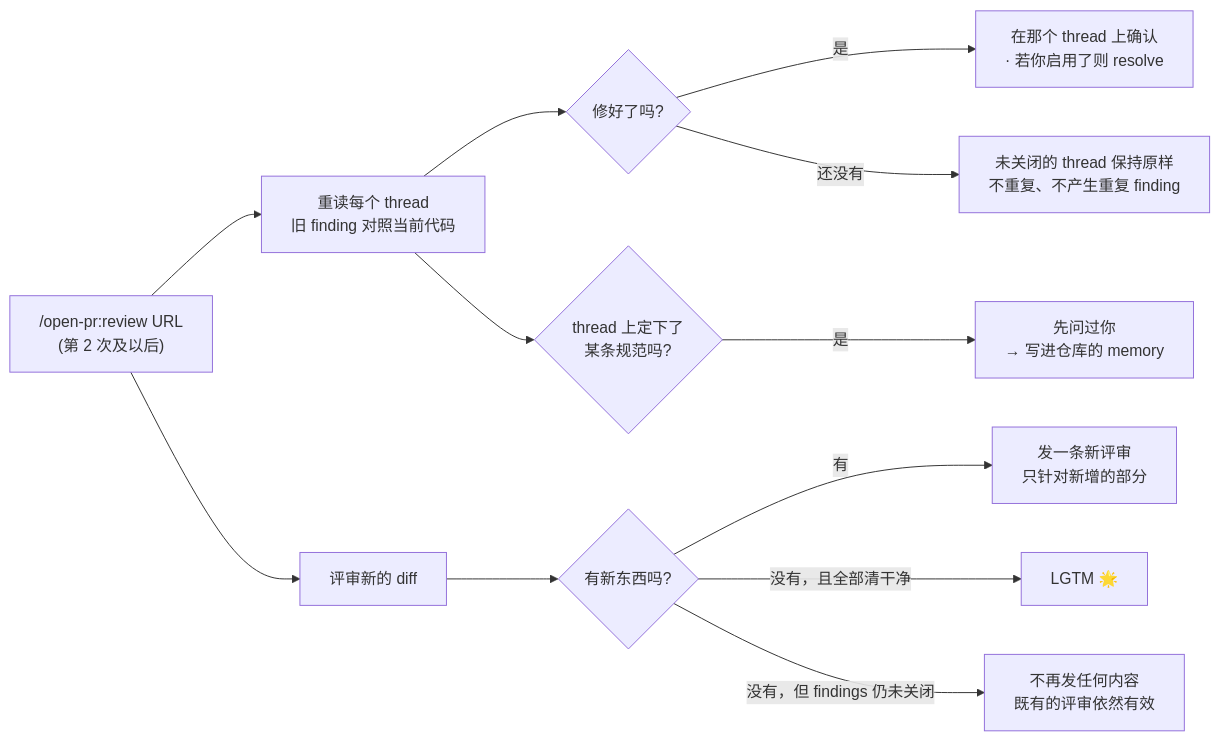
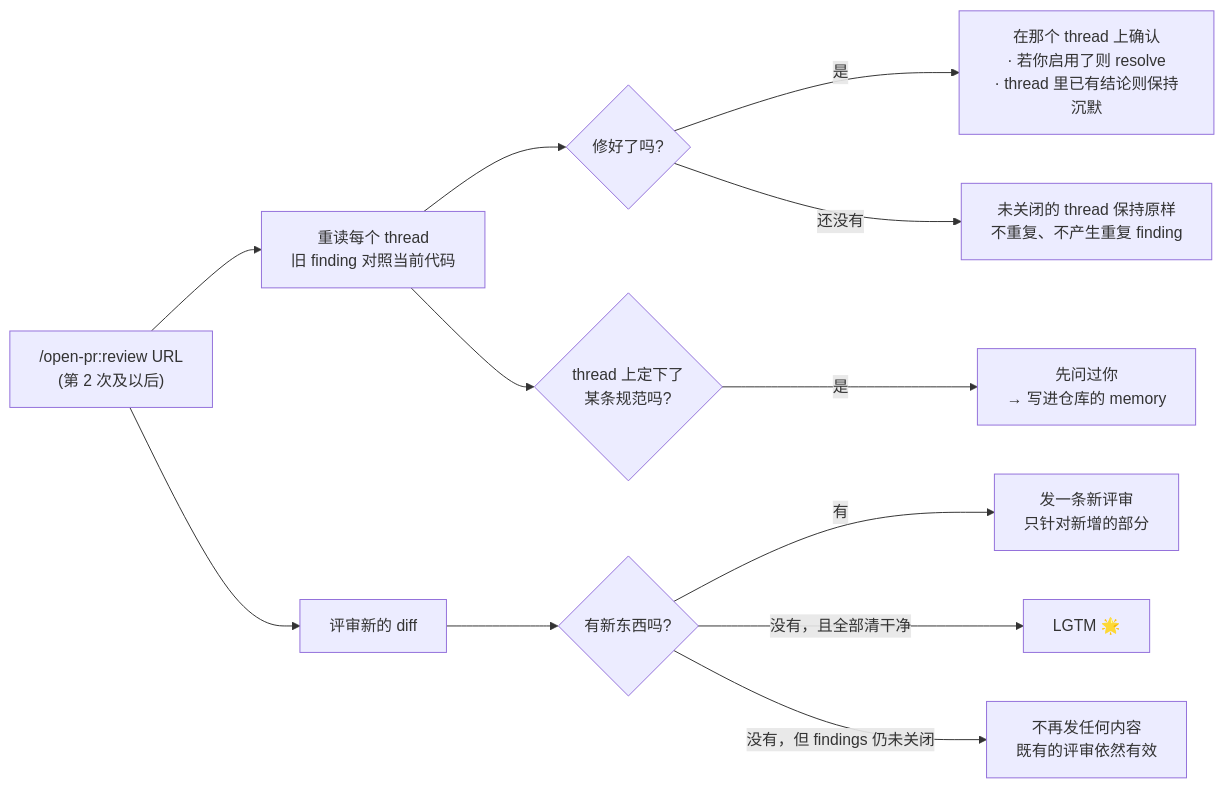
Before and after one commit to TOMOSIA-VIETNAM/open-pr: the first of 2 diagrams in docs/zh-Hans/how-it-works.md, drawn with Mermaid. The commit also changed 3 other files, not shown here.

````diff
--- a/docs/zh-Hans/how-it-works.md
+++ b/docs/zh-Hans/how-it-works.md
@@ -13,14 +13,14 @@
 ```mermaid
 flowchart LR
   A["/open-pr:review URL<br/>(第 2 次及以后)"] --> B[重读每个 thread<br/>旧 finding 对照当前代码]
   B --> C{修好了吗?}
-  C -- 是 --> D["在那个 thread 上确认<br/>· 若你启用了则 resolve"]
+  C -- 是 --> D["在那个 thread 上确认<br/>· 若你启用了则 resolve<br/>· thread 里已有结论则保持沉默"]
   C -- 还没有 --> E["未关闭的 thread 保持原样<br/>不重复、不产生重复 finding"]
   B --> F{thread 上定下了<br/>某条规范吗?}
   F -- 是 --> G["先问过你<br/>→ 写进仓库的 memory"]
   A --> H[评审新的 diff]
   H --> I{有新东西吗?}
   I -- 有 --> J["发一条新评审<br/>只针对新增的部分"]
   I -- 没有，且全部清干净 --> K[LGTM 🌟]
   I -- 没有，但 findings 仍未关闭 --> L["不再发任何内容<br/>既有的评审依然有效"]
 ```
````
